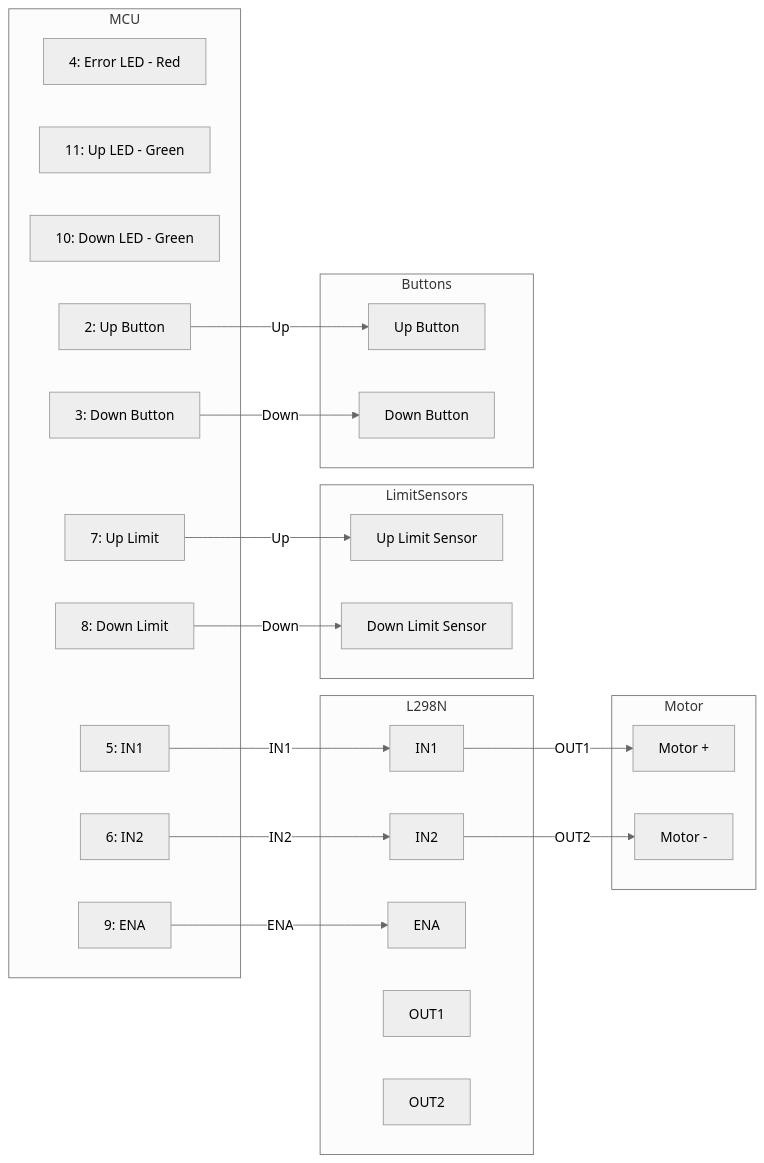
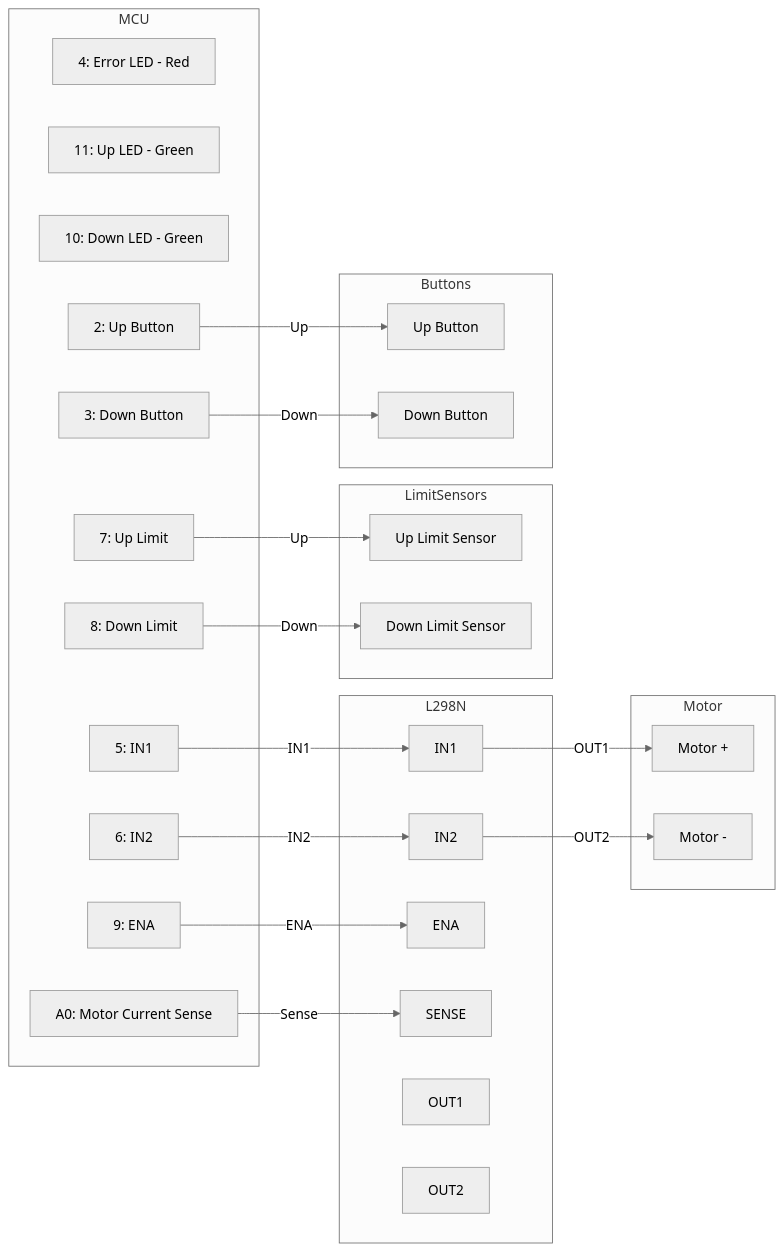
One commit to aperico/deskautomation changed the second of 2 diagrams in documentation/11_HardwareDocumentation.md. Above: the diagram before and after it, drawn with Mermaid (neutral theme). The commit also changed other lines of this file and 31 other files, not shown here.

First line of the commit message:
feat: Implement motor current sensing and fault detection

````diff
--- a/documentation/11_HardwareDocumentation.md
+++ b/documentation/11_HardwareDocumentation.md
@@ -77,43 +83,46 @@
 ```mermaid
 graph LR
     subgraph MCU
         PIN4[4: Error LED - Red]
         PIN11[11: Up LED - Green]
         PIN10[10: Down LED - Green]
         PIN5[5: IN1]
         PIN6[6: IN2]
         PIN9[9: ENA]
         PIN7[7: Up Limit]
         PIN8[8: Down Limit]
         PIN2[2: Up Button]
         PIN3[3: Down Button]
+        PINA0[A0: Motor Current Sense]
     end
     subgraph L298N
         IN1[IN1]
         IN2[IN2]
         ENA[ENA]
+        SENSE[SENSE]
         OUT1[OUT1]
         OUT2[OUT2]
     end
     subgraph Motor
         M1[Motor +]
         M2[Motor -]
     end
     subgraph LimitSensors
         UP_LIMIT[Up Limit Sensor]
         DOWN_LIMIT[Down Limit Sensor]
     end
     subgraph Buttons
         UP_BTN[Up Button]
         DOWN_BTN[Down Button]
     end
     PIN5 -- IN1 --> IN1
     PIN6 -- IN2 --> IN2
     PIN9 -- ENA --> ENA
     IN1 -- OUT1 --> M1
     IN2 -- OUT2 --> M2
     PIN7 -- Up --> UP_LIMIT
     PIN8 -- Down --> DOWN_LIMIT
     PIN2 -- Up --> UP_BTN
     PIN3 -- Down --> DOWN_BTN
+    PINA0 -- Sense --> SENSE
 ```
````
